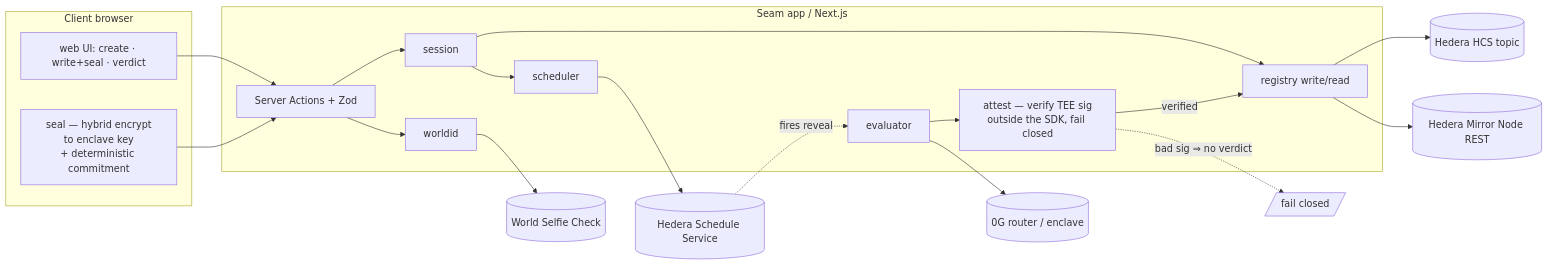
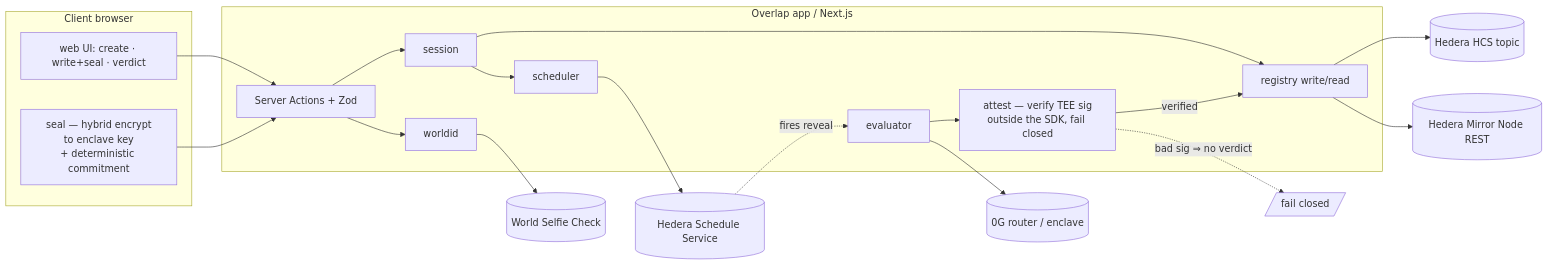
The second of 3 diagrams in docs/00-overview/01-architecture.md (fabroche/ethglobal-lisboa-2026), drawn with Mermaid before and after one commit. The commit also changed other lines of this file and 55 other files, not shown here.

````diff
--- a/docs/00-overview/01-architecture.md
+++ b/docs/00-overview/01-architecture.md
@@ -51,34 +51,34 @@
 ```mermaid
 flowchart LR
   subgraph Browser[Client browser]
     SEAL[seal — hybrid encrypt\nto enclave key\n+ deterministic commitment]
     UI[web UI: create · write+seal · verdict]
   end
-  subgraph Server[Seam app / Next.js]
+  subgraph Server[Overlap app / Next.js]
     ACT[Server Actions + Zod]
     SESSION[session]
     REG[registry write/read]
     SCHED[scheduler]
     EVAL[evaluator]
     ATT[attest — verify TEE sig\noutside the SDK, fail closed]
     WID[worldid]
   end
   OG[(0G router / enclave)]
   HCS[(Hedera HCS topic)]
   SCHEDSVC[(Hedera Schedule Service)]
   MIRROR[(Hedera Mirror Node REST)]
   WORLD[(World Selfie Check)]
 
   UI --> ACT
   SEAL --> ACT
   ACT --> SESSION --> REG
   SESSION --> SCHED --> SCHEDSVC
   REG --> HCS
   REG --> MIRROR
   ACT --> WID --> WORLD
   SCHEDSVC -. fires reveal .-> EVAL
   EVAL --> OG
   EVAL --> ATT
   ATT -->|verified| REG
   ATT -.->|bad sig ⇒ no verdict| STOP[/fail closed/]
 ```
````
